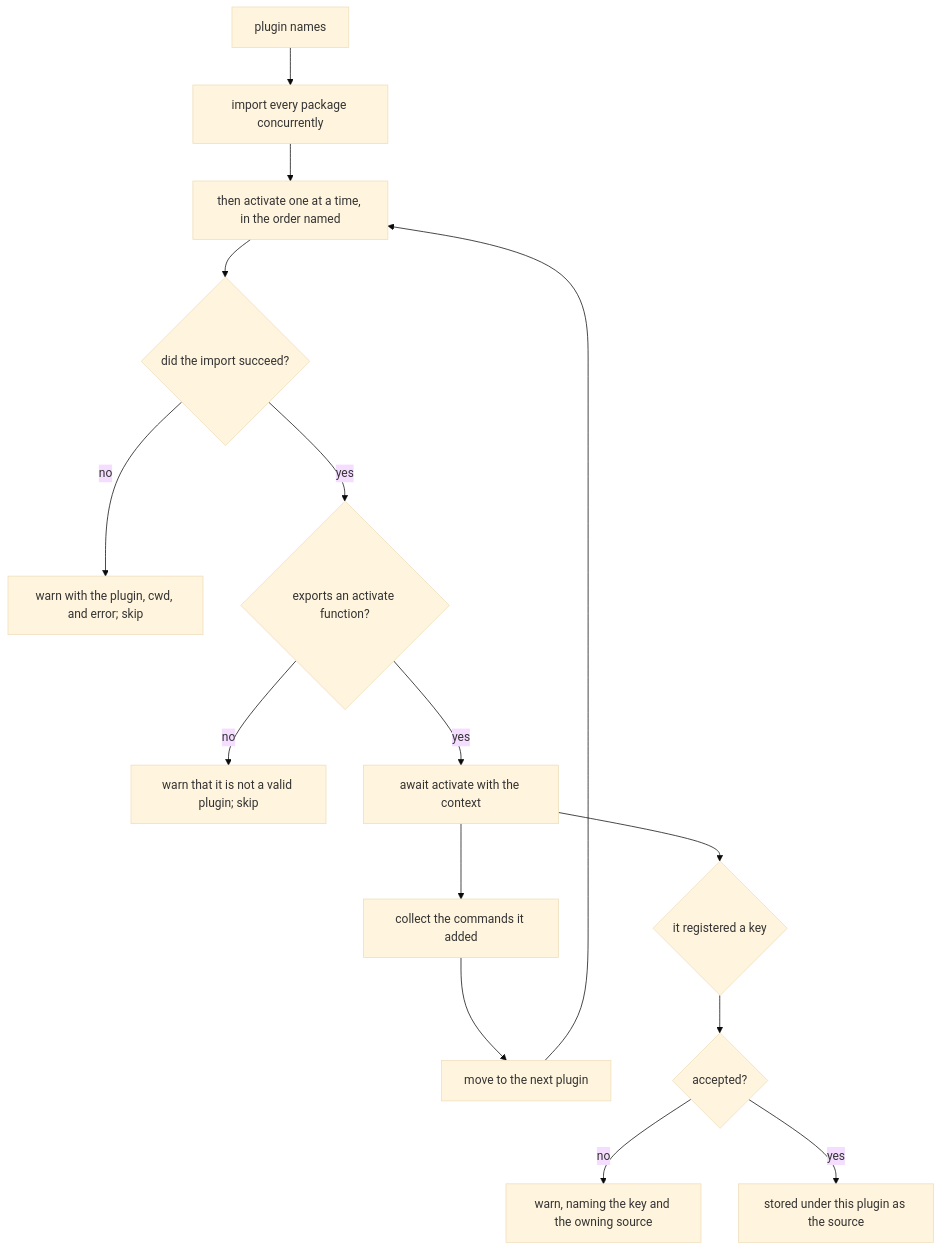
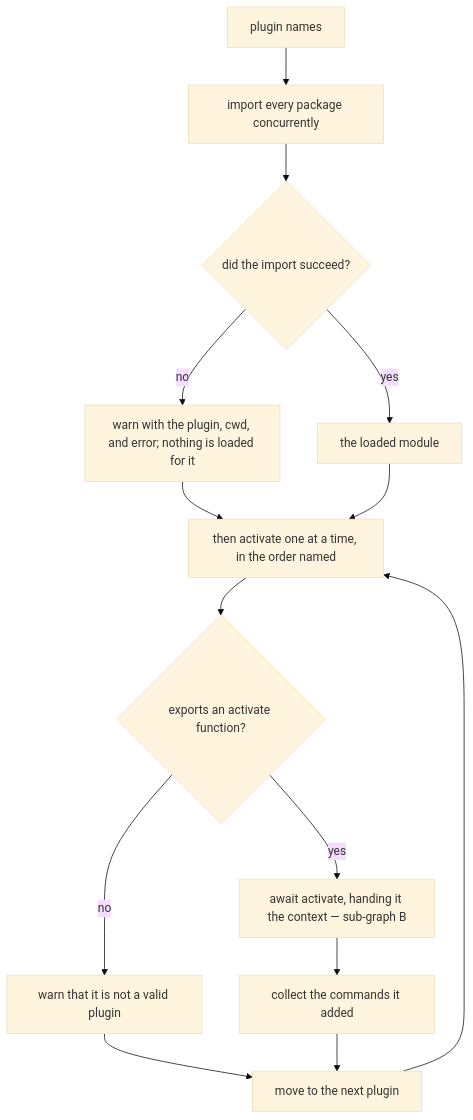
One commit to clibuilder/clibuilder changed the first of 4 diagrams in packages/clibuilder/.agents/spec/plugins/README.md. Above: the diagram before and after it, drawn with Mermaid (base theme). The commit also changed other lines of this file and 2 other files, not shown here.

````diff
--- a/packages/clibuilder/.agents/spec/plugins/README.md
+++ b/packages/clibuilder/.agents/spec/plugins/README.md
@@ -150,15 +154,13 @@
 ```mermaid
 graph TD
   L[plugin names] --> IMP[import every package concurrently]
-  IMP --> SEQ[then activate one at a time, in the order named]
-  SEQ --> OK{did the import succeed?}
-  OK -- no --> WI[warn with the plugin, cwd, and error; skip]
-  OK -- yes --> VAL{exports an activate function?}
-  VAL -- no --> WV[warn that it is not a valid plugin; skip]
-  VAL -- yes --> ACT[await activate with the context]
-  ACT --> ADD[collect the commands it added]
-  ADD --> NEXT[move to the next plugin] --> SEQ
-  ACT --> REG{it registered a key} --> ACC{accepted?}
-  ACC -- no --> WR[warn, naming the key and the owning source]
-  ACC -- yes --> ST[stored under this plugin as the source]
+  IMP --> OK{did the import succeed?}
+  OK -- no --> WI["warn with the plugin, cwd, and error; nothing is loaded for it"]
+  OK -- yes --> MOD[the loaded module]
+  WI --> SEQ
+  MOD --> SEQ[then activate one at a time, in the order named]
+  SEQ --> VAL{exports an activate function?}
+  VAL -- no --> WV[warn that it is not a valid plugin] --> NEXT
+  VAL -- yes --> ACT["await activate, handing it the context — sub-graph B"]
+  ACT --> ADD[collect the commands it added] --> NEXT[move to the next plugin] --> SEQ
 ```
````
